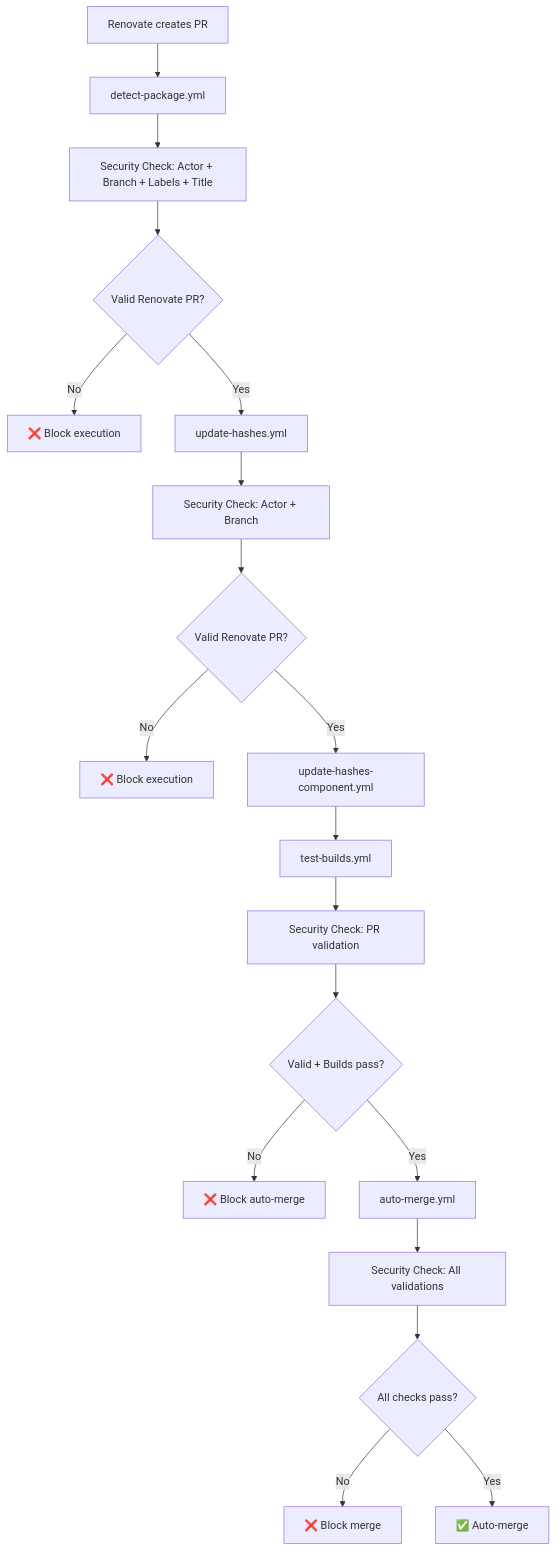
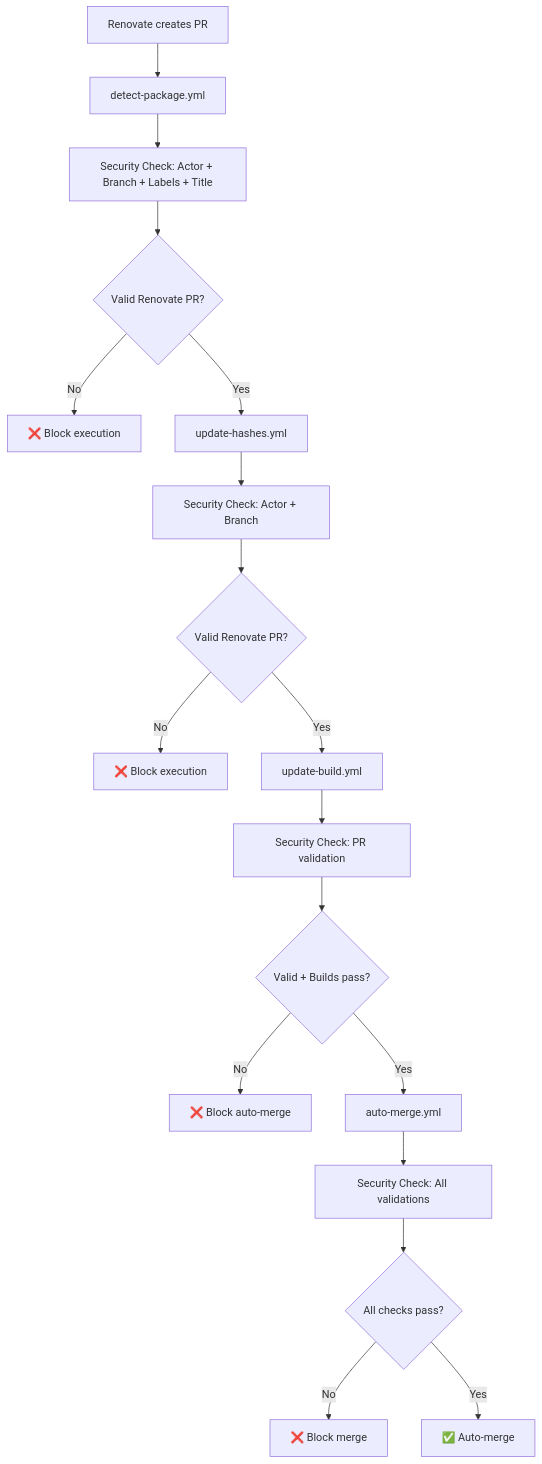
One commit to ndrwstn/nixautopkgs changed the diagram in .github/workflows/SECURITY.md. Above: the diagram before and after it, drawn with Mermaid. The commit also changed other lines of this file and 2 other files, not shown here.

Commit message:
docs: remove stale references to deleted test-builds.yml workflow
Remove obsolete documentation references to test-builds.yml workflow that was
previously deleted as part of workflow orchestration improvements. Updates
workflow diagrams and execution flows to reflect the current architecture:

- Update README.md to remove test-builds.yml section and correct workflow chain
- Update SECURITY.md to reference current workflows in validation checklists
- Remove the actual test-builds.yml file that was no longer being used

Current workflow chain: detect-package.yml → update-hashes.yml → update-build.yml → auto-merge.yml

````diff
--- a/.github/workflows/SECURITY.md
+++ b/.github/workflows/SECURITY.md
@@ -47,21 +47,20 @@
 ```mermaid
 graph TD
     A[Renovate creates PR] --> B[detect-package.yml]
     B --> C[Security Check: Actor + Branch + Labels + Title]
     C --> D{Valid Renovate PR?}
     D -->|No| E[❌ Block execution]
     D -->|Yes| F[update-hashes.yml]
     F --> G[Security Check: Actor + Branch]
     G --> H{Valid Renovate PR?}
     H -->|No| I[❌ Block execution]
-    H -->|Yes| J[update-hashes-component.yml]
-    J --> K[test-builds.yml]
-    K --> L[Security Check: PR validation]
-    L --> M{Valid + Builds pass?}
-    M -->|No| N[❌ Block auto-merge]
-    M -->|Yes| O[auto-merge.yml]
-    O --> P[Security Check: All validations]
-    P --> Q{All checks pass?}
-    Q -->|No| R[❌ Block merge]
-    Q -->|Yes| S[✅ Auto-merge]
+    H -->|Yes| J[update-build.yml]
+    J --> K[Security Check: PR validation]
+    K --> L{Valid + Builds pass?}
+    L -->|No| M[❌ Block auto-merge]
+    L -->|Yes| N[auto-merge.yml]
+    N --> O[Security Check: All validations]
+    O --> P{All checks pass?}
+    P -->|No| Q[❌ Block merge]
+    P -->|Yes| R[✅ Auto-merge]
 ```
````
